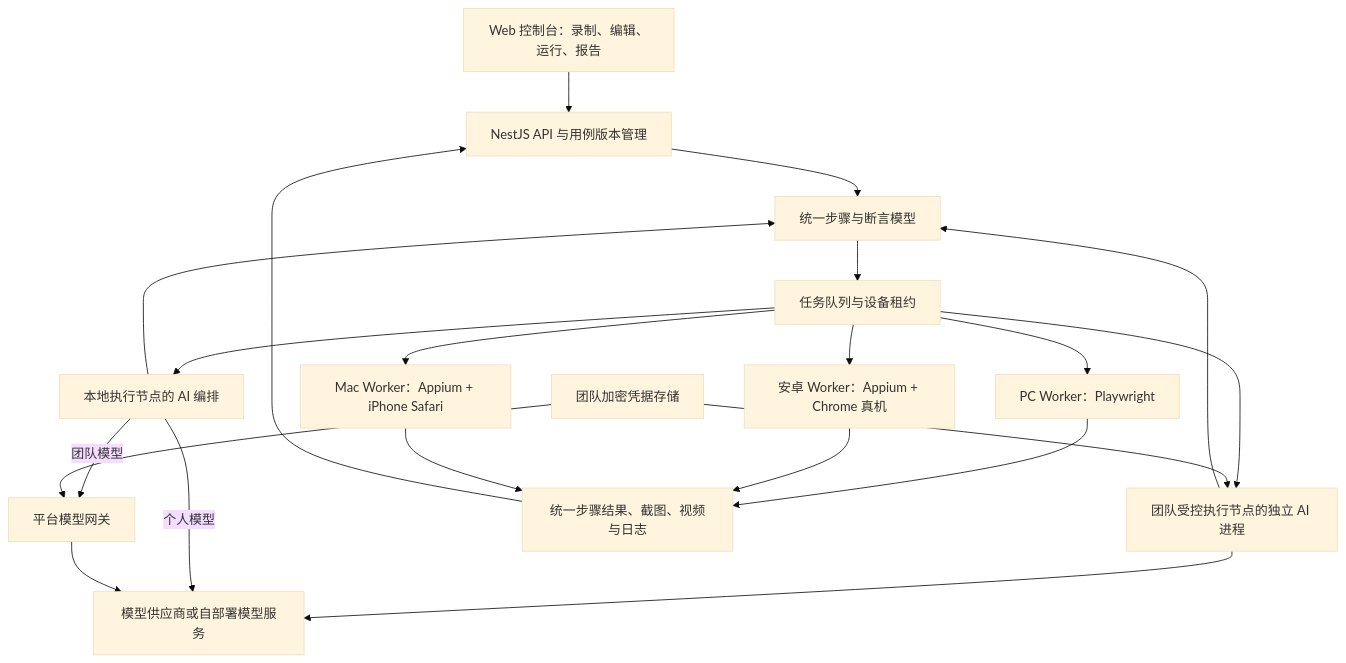
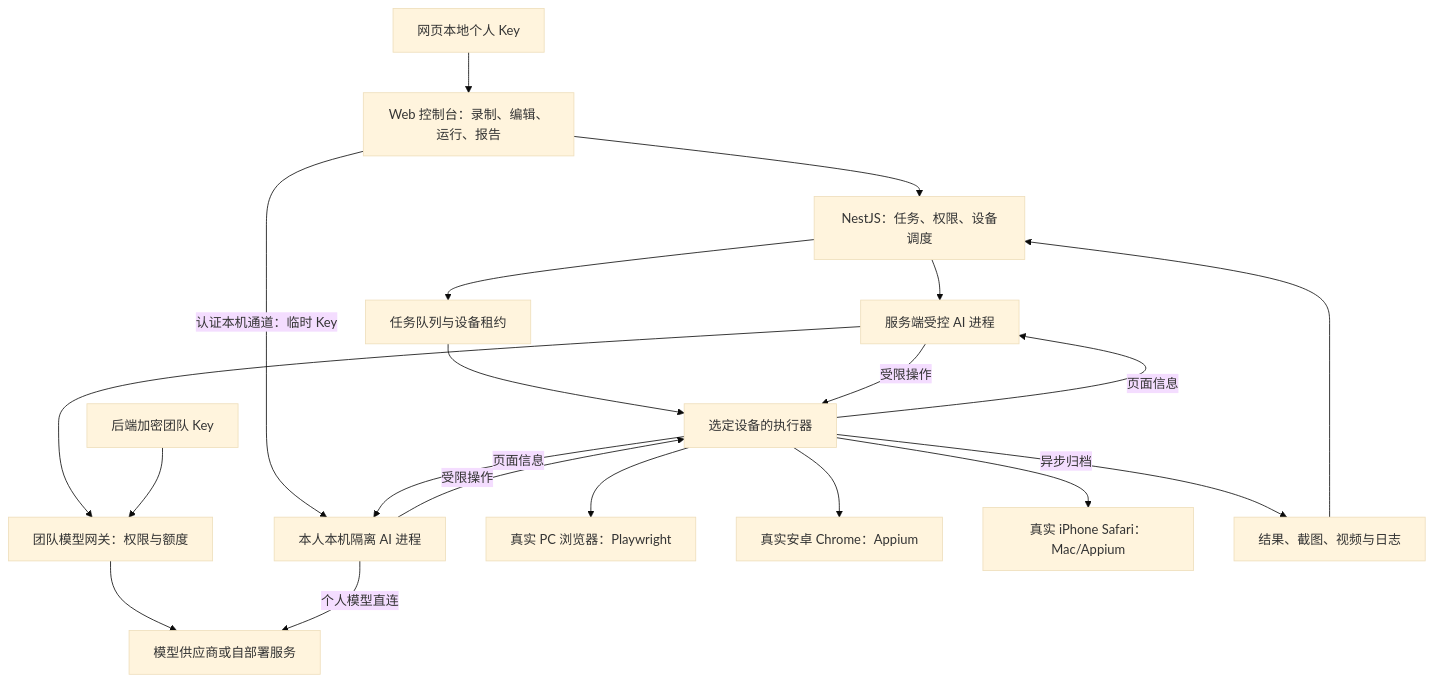
The diagram in docs/research/web-test-platform.md (illusionGD/riqvo), drawn with Mermaid (base theme) before and after one commit. The commit also changed other lines of this file and 7 other files, not shown here.

Commit message:
docs: clarify real-device AI and personal key lifecycle

````diff
--- a/docs/research/web-test-platform.md
+++ b/docs/research/web-test-platform.md
@@ -66,23 +66,22 @@
 ```mermaid
 flowchart TD
-  UI[Web 控制台：录制、编辑、运行、报告] --> API[NestJS API 与用例版本管理]
-  QUEUE --> TEAM_AI[团队受控执行节点的独立 AI 进程]
-  TEAM_KEYS[团队加密凭据存储] --> TEAM_AI
-  QUEUE --> PERSONAL_AI[本地执行节点的 AI 编排]
-  TEAM_AI --> LLM[模型供应商或自部署模型服务]
-  PERSONAL_AI -- 个人模型 --> LLM
-  PERSONAL_AI -- 团队模型 --> GATEWAY[平台模型网关]
-  TEAM_KEYS --> GATEWAY
-  GATEWAY --> LLM
-  TEAM_AI --> MODEL[统一步骤与断言模型]
-  PERSONAL_AI --> MODEL
-  API --> MODEL
-  MODEL --> QUEUE[任务队列与设备租约]
-  QUEUE --> PW[PC Worker：Playwright]
-  QUEUE --> AND[安卓 Worker：Appium + Chrome 真机]
-  QUEUE --> IOS[Mac Worker：Appium + iPhone Safari]
-  PW --> RESULT[统一步骤结果、截图、视频与日志]
-  AND --> RESULT
-  IOS --> RESULT
+  UI[Web 控制台：录制、编辑、运行、报告] --> API[NestJS：任务、权限、设备调度]
+  LOCAL_KEYS[网页本地个人 Key] --> UI
+  UI -- 认证本机通道：临时 Key --> PERSONAL_AI[本人本机隔离 AI 进程]
+  API --> TEAM_AI[服务端受控 AI 进程]
+  TEAM_AI --> GATEWAY[团队模型网关：权限与额度]
+  TEAM_KEYS[后端加密团队 Key] --> GATEWAY
+  GATEWAY --> LLM[模型供应商或自部署服务]
+  PERSONAL_AI -- 个人模型直连 --> LLM
+  API --> QUEUE[任务队列与设备租约]
+  QUEUE --> RUNNER[选定设备的执行器]
+  PERSONAL_AI -- 受限操作 --> RUNNER
+  TEAM_AI -- 受限操作 --> RUNNER
+  RUNNER -- 页面信息 --> PERSONAL_AI
+  RUNNER -- 页面信息 --> TEAM_AI
+  RUNNER --> PC[真实 PC 浏览器：Playwright]
+  RUNNER --> AND[真实安卓 Chrome：Appium]
+  RUNNER --> IOS[真实 iPhone Safari：Mac/Appium]
+  RUNNER -- 异步归档 --> RESULT[结果、截图、视频与日志]
   RESULT --> API
 ```
````
